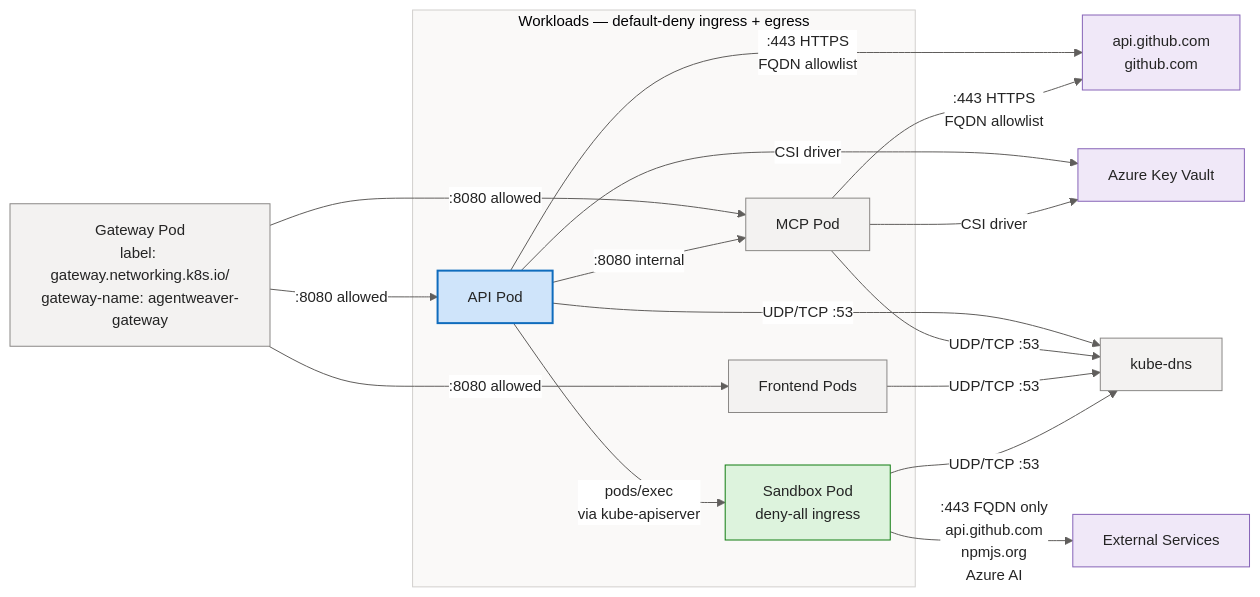
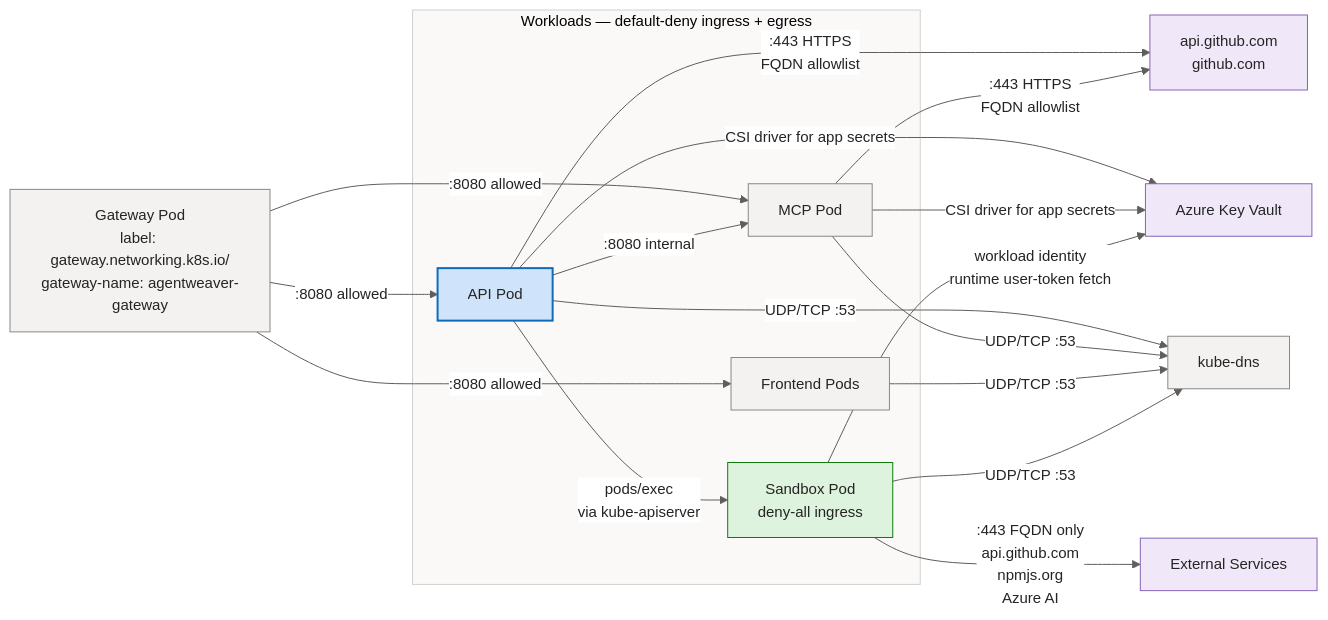
Before and after one commit to sabbour/agentweaver: the fifth of 6 diagrams in docs/architecture-aks.md, drawn with Mermaid. The commit also changed other lines of this file and 40 other files, not shown here.

````diff
--- a/docs/architecture-aks.md
+++ b/docs/architecture-aks.md
@@ -180,39 +211,40 @@
 ```mermaid
 %%{init: {'theme':'base','themeVariables':{'fontFamily':'Segoe UI, system-ui, -apple-system, sans-serif','fontSize':'15px','primaryColor':'#E8EEF9','primaryBorderColor':'#0F6CBD','primaryTextColor':'#242424','lineColor':'#605E5C','clusterBkg':'#FAF9F8','clusterBorder':'#D2D0CE','edgeLabelBackground':'#FFFFFF'}}}%%
 flowchart LR
     GW["Gateway Pod<br/>label: gateway.networking.k8s.io/<br/>gateway-name: agentweaver-gateway"]
 
     subgraph workloads["Workloads — default-deny ingress + egress"]
         API["API Pod"]
         MCP["MCP Pod"]
         FE["Frontend Pods"]
         SB["Sandbox Pod<br/>deny-all ingress"]
     end
 
     GW -->|":8080 allowed"| API
     GW -->|":8080 allowed"| MCP
     GW -->|":8080 allowed"| FE
 
     API -->|":8080 internal"| MCP
     API -->|"pods/exec<br/>via kube-apiserver"| SB
 
     API & MCP -->|":443 HTTPS<br/>FQDN allowlist"| GH["api.github.com<br/>github.com"]
-    API & MCP -->|"CSI driver"| KV["Azure Key Vault"]
+    API & MCP -->|"CSI driver for app secrets"| KV["Azure Key Vault"]
+    SB -->|"workload identity<br/>runtime user-token fetch"| KV
     API & MCP & FE -->|"UDP/TCP :53"| DNS["kube-dns"]
 
     SB -->|":443 FQDN only<br/>api.github.com<br/>npmjs.org<br/>Azure AI"| EXT["External Services"]
     SB -->|"UDP/TCP :53"| DNS
 
     classDef client fill:#E8EEF9,stroke:#0F6CBD,stroke-width:1px,color:#242424;
     classDef svc fill:#F3F2F1,stroke:#8A8886,stroke-width:1px,color:#242424;
     classDef core fill:#CFE4FA,stroke:#0F6CBD,stroke-width:2px,color:#242424;
     classDef data fill:#FFF4CE,stroke:#C19C00,stroke-width:1px,color:#242424;
     classDef ext fill:#F0E8F8,stroke:#8764B8,stroke-width:1px,color:#242424;
     classDef runtime fill:#DDF3DD,stroke:#107C10,stroke-width:1px,color:#242424;
     classDef evt fill:#D6F0F0,stroke:#038387,stroke-width:1px,color:#242424;
 
     class GW,MCP,FE,DNS svc;
     class API core;
     class SB runtime;
     class GH,KV,EXT ext;
 ```
````
